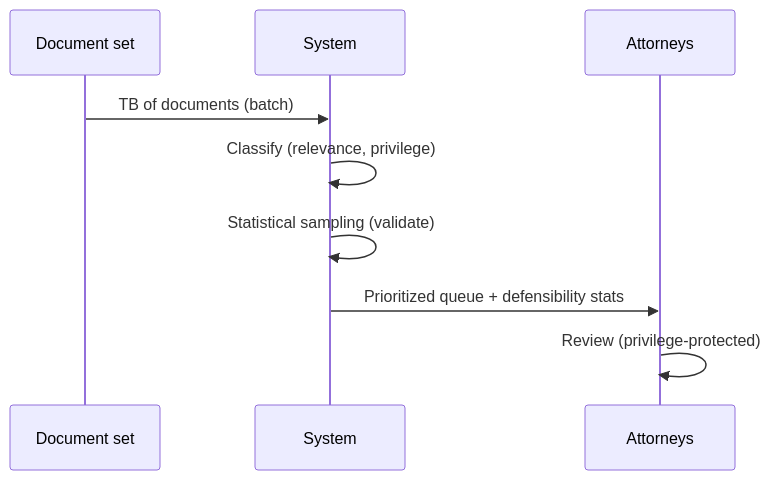
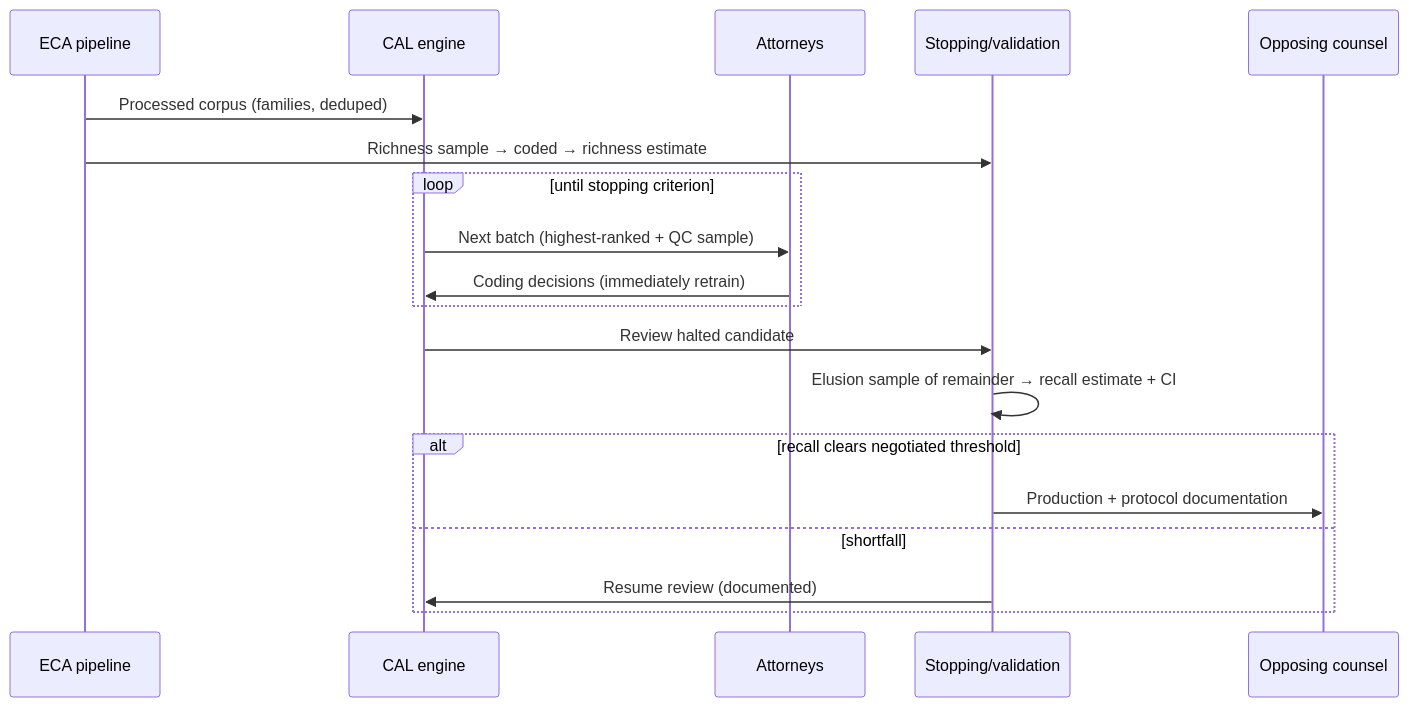
Before and after one commit to sivakrushna-works/GSAC: the second of 3 diagrams in case-studies/cs24-ediscovery-triage.md, drawn with Mermaid. The commit also changed other lines of this file and 12 other files, not shown here.

````diff
--- a/case-studies/cs24-ediscovery-triage.md
+++ b/case-studies/cs24-ediscovery-triage.md
@@ -55,11 +65,21 @@
 ```mermaid
 sequenceDiagram
-    participant D as Document set
-    participant S as System
+    participant E as ECA pipeline
+    participant C as CAL engine
     participant A as Attorneys
-    D->>S: TB of documents (batch)
-    S->>S: Classify (relevance, privilege)
-    S->>S: Statistical sampling (validate)
-    S->>A: Prioritized queue + defensibility stats
-    A->>A: Review (privilege-protected)
+    participant S as Stopping/validation
+    participant O as Opposing counsel
+    E->>C: Processed corpus (families, deduped)
+    E->>S: Richness sample → coded → richness estimate
+    loop until stopping criterion
+        C->>A: Next batch (highest-ranked + QC sample)
+        A->>C: Coding decisions (immediately retrain)
+    end
+    C->>S: Review halted candidate
+    S->>S: Elusion sample of remainder → recall estimate + CI
+    alt recall clears negotiated threshold
+        S->>O: Production + protocol documentation
+    else shortfall
+        S->>C: Resume review (documented)
+    end
 ```
````
